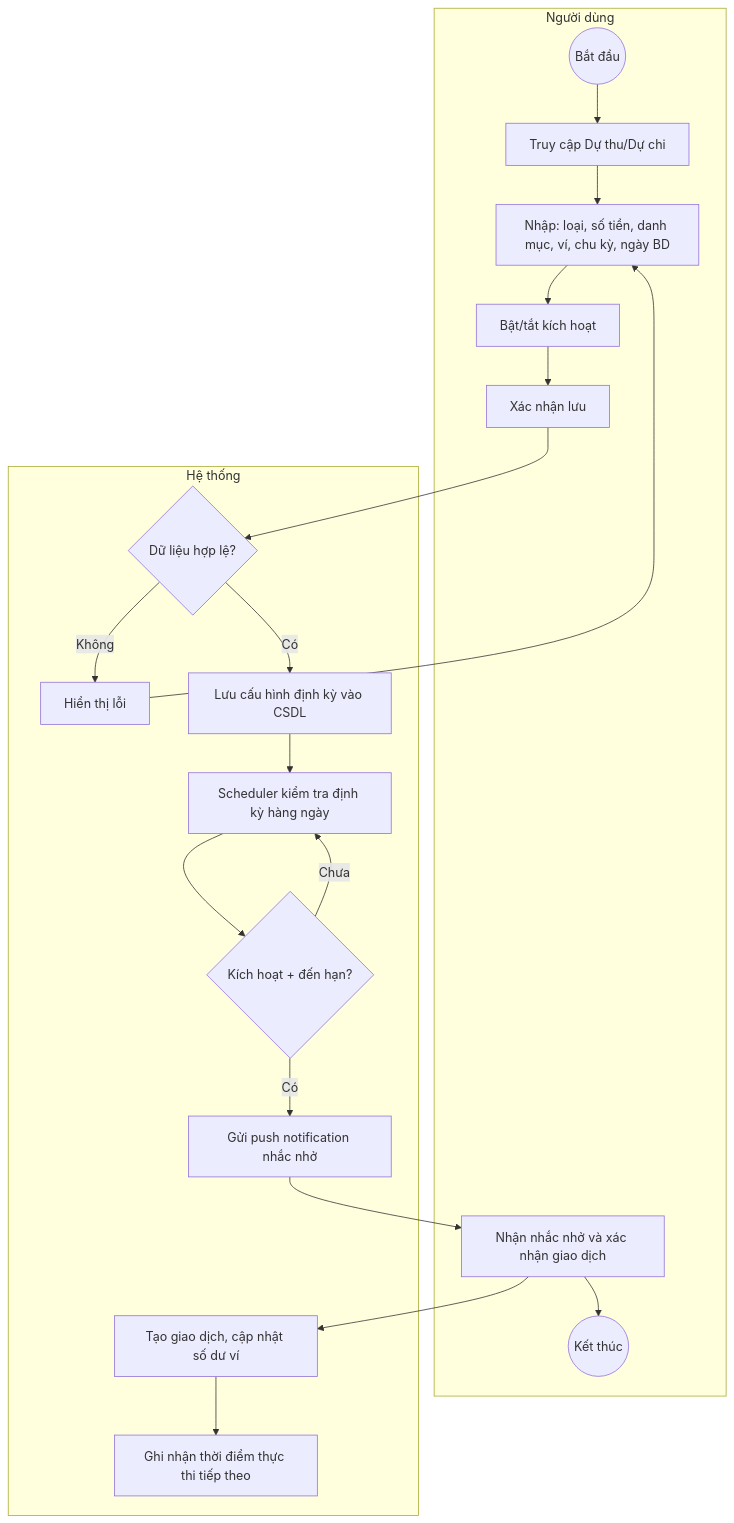
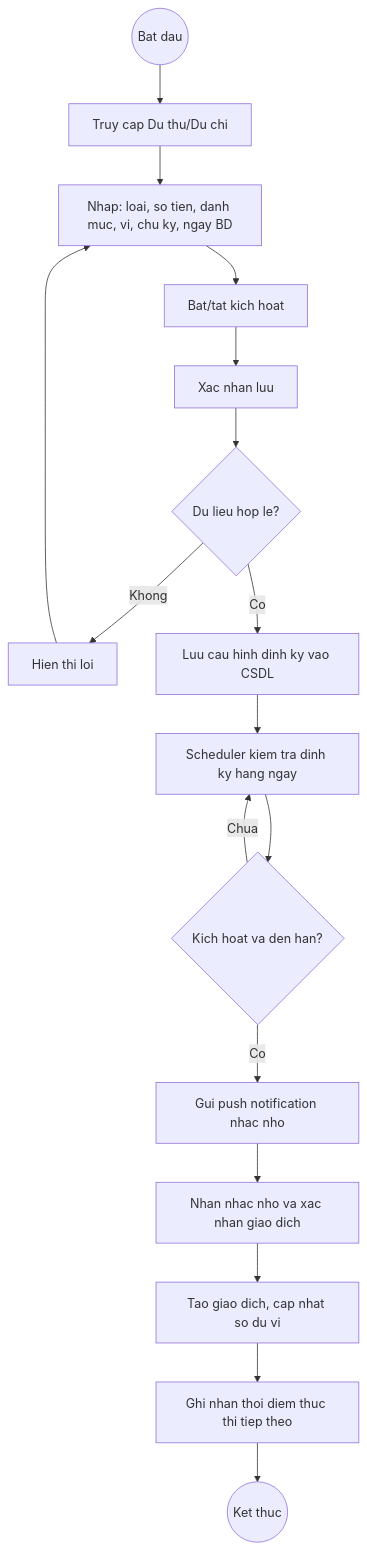
Before and after one commit to Hieu-vn/Graduation-Thesis: the fifth of 10 diagrams in Nghiên cứu MISA MoneyKeeper.md, drawn with Mermaid. The commit also changed other lines of this file, not shown here.

First line of the commit message:
fix: Rewrite all 10 mermaid diagrams for GitHub rendering

````diff
--- a/Nghiên cứu MISA MoneyKeeper.md
+++ b/Nghiên cứu MISA MoneyKeeper.md
@@ -174,22 +156,18 @@
 ```mermaid
 flowchart TD
-    subgraph "Người dùng"
-        A((Bắt đầu)) --> B[Truy cập Dự thu/Dự chi]
-        B --> C["Nhập: loại, số tiền, danh mục, ví, chu kỳ, ngày BD"]
-        C --> D[Bật/tắt kích hoạt]
-        D --> E[Xác nhận lưu]
-        K[Nhận nhắc nhở và xác nhận giao dịch] --> L((Kết thúc))
-    end
-    subgraph "Hệ thống"
-        E --> F{Dữ liệu hợp lệ?}
-        F -->|Không| F2[Hiển thị lỗi] --> C
-        F -->|Có| G[Lưu cấu hình định kỳ vào CSDL]
-        G --> H["Scheduler kiểm tra định kỳ hàng ngày"]
-        H --> I{Kích hoạt + đến hạn?}
-        I -->|Chưa| H
-        I -->|Có| J[Gửi push notification nhắc nhở]
-        J --> K
-        K --> K2[Tạo giao dịch, cập nhật số dư ví]
-        K2 --> K3[Ghi nhận thời điểm thực thi tiếp theo]
-    end
+    A((Bat dau)) --> B[Truy cap Du thu/Du chi]
+    B --> C[Nhap: loai, so tien, danh muc, vi, chu ky, ngay BD]
+    C --> D[Bat/tat kich hoat]
+    D --> E[Xac nhan luu]
+    E --> F{Du lieu hop le?}
+    F -->|Khong| F2[Hien thi loi] --> C
+    F -->|Co| G[Luu cau hinh dinh ky vao CSDL]
+    G --> H[Scheduler kiem tra dinh ky hang ngay]
+    H --> I{Kich hoat va den han?}
+    I -->|Chua| H
+    I -->|Co| J[Gui push notification nhac nho]
+    J --> K[Nhan nhac nho va xac nhan giao dich]
+    K --> K2[Tao giao dich, cap nhat so du vi]
+    K2 --> K3[Ghi nhan thoi diem thuc thi tiep theo]
+    K3 --> L((Ket thuc))
 ```
````
